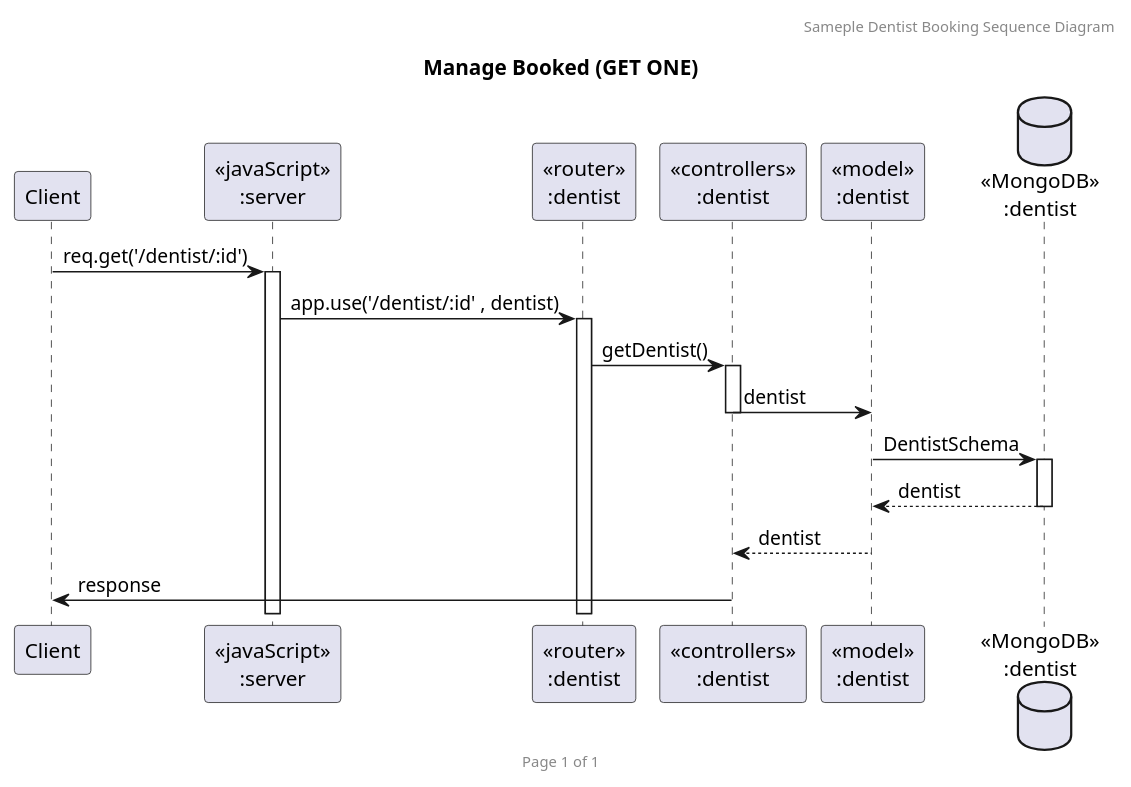
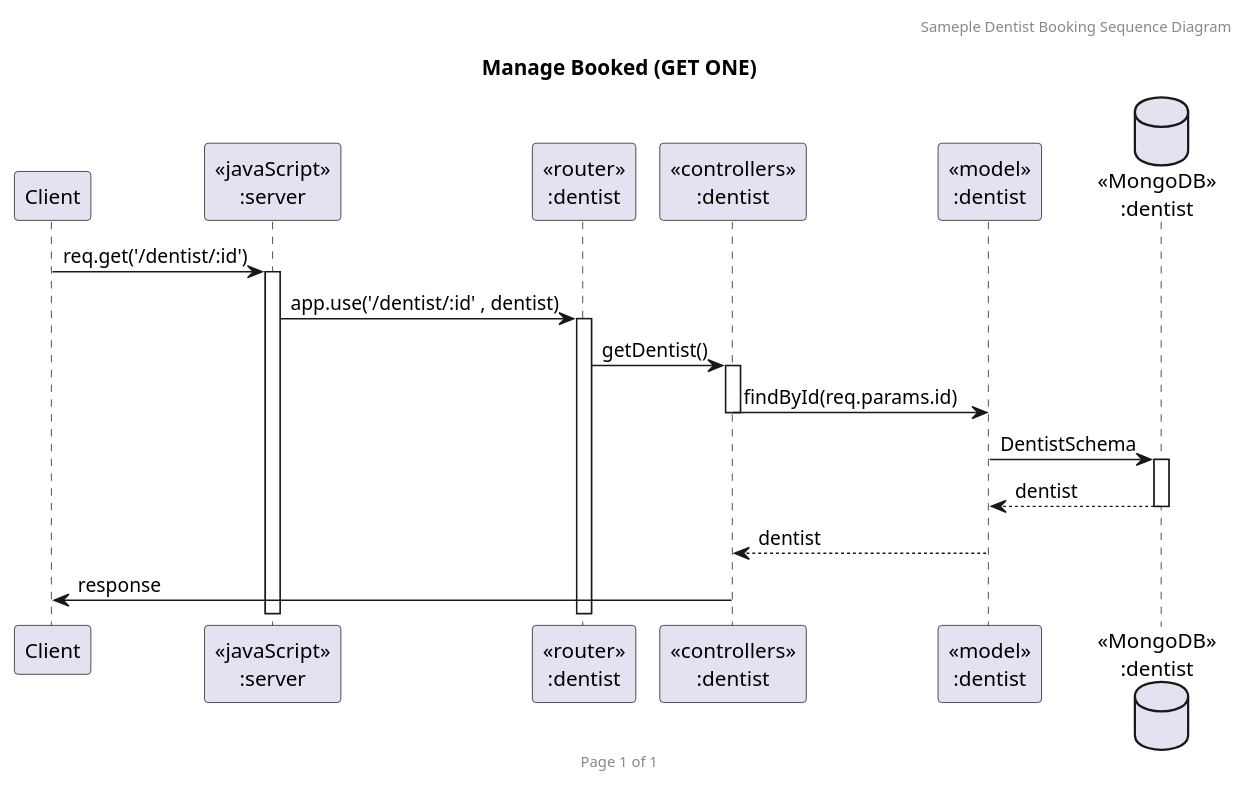
Before and after one commit to 2110503TACEDT66/presentation-day-1-kkkykkhkhwcr: the diagram in Diagram/dentist/GetDentist.puml, drawn with PlantUML. The commit also changed 8 other files, not shown here.

```diff
--- a/Diagram/dentist/GetDentist.puml
+++ b/Diagram/dentist/GetDentist.puml
@@ -1,24 +1,24 @@
 @startuml Manage Dentist (GET ONE)
 
 header Sameple Dentist Booking Sequence Diagram
 footer Page %page% of %lastpage%
 title "Manage Booked (GET ONE)"
 
 participant "Client" as client
 participant "<<javaScript>>\n:server" as server
 participant "<<router>>\n:dentist" as routerDentist
 participant "<<controllers>>\n:dentist" as controllersDentist
 participant "<<model>>\n:dentist" as modelDentist
 database "<<MongoDB>>\n:dentist" as DentistDatabase
 
 client->server ++:req.get('/dentist/:id')
 server->routerDentist ++:app.use('/dentist/:id' , dentist)
 routerDentist -> controllersDentist ++:getDentist()
-controllersDentist -> modelDentist --:dentist
+controllersDentist -> modelDentist --:findById(req.params.id)
 modelDentist ->DentistDatabase ++: DentistSchema
 DentistDatabase --> modelDentist --: dentist
 controllersDentist <-- modelDentist --:dentist
 
 controllersDentist->client --:response
 
 @enduml
```
